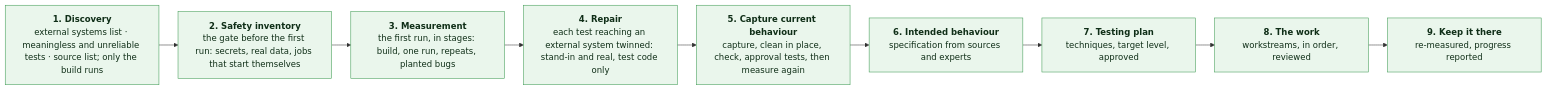
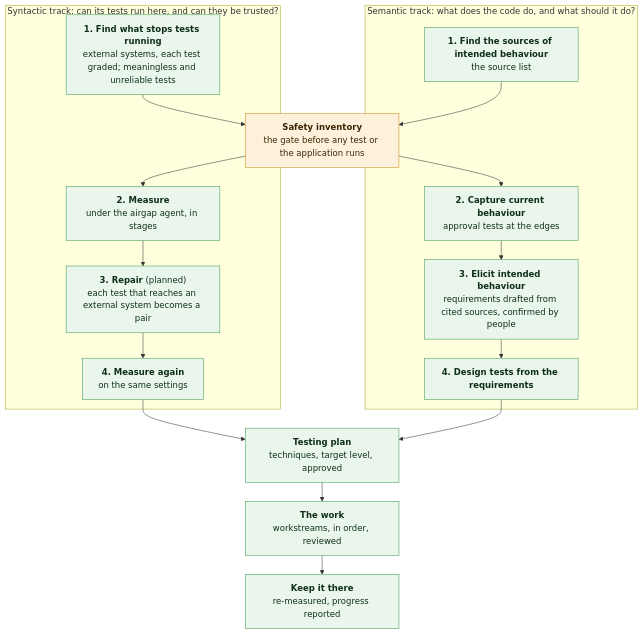
Before and after one commit to fiftiesHousewife/under-test: the diagram in docs/JOURNEY.md, drawn with Mermaid. The commit also changed other lines of this file and 181 other files, not shown here.

````diff
--- a/docs/JOURNEY.md
+++ b/docs/JOURNEY.md
@@ -8,14 +21,31 @@
 ```mermaid
 %%{init: {"flowchart": {"wrappingWidth": 230, "nodeSpacing": 28, "rankSpacing": 36}}}%%
-flowchart LR
-    D["<b>1. Discovery</b><br/>external systems list · meaningless and unreliable tests · source list; only the build runs"] --> S["<b>2. Safety inventory</b><br/>the gate before the first run: secrets, real data, jobs that start themselves"]
-    S --> M["<b>3. Measurement</b><br/>the first run, in stages: build, one run, repeats, planted bugs"]
-    M --> R["<b>4. Repair</b><br/>each test reaching an external system twinned: stand-in and real, test code only"]
-    R --> C["<b>5. Capture current behaviour</b><br/>capture, clean in place, check, approval tests, then measure again"]
-    C --> B["<b>6. Intended behaviour</b><br/>specification from sources and experts"]
-    B --> P["<b>7. Testing plan</b><br/>techniques, target level, approved"]
-    P --> W["<b>8. The work</b><br/>workstreams, in order, reviewed"]
-    W --> K["<b>9. Keep it there</b><br/>re-measured, progress reported"]
+flowchart TB
+    subgraph SY["Syntactic track: can its tests run here, and can they be trusted?"]
+        S1["<b>1. Find what stops tests running</b><br/>external systems, each test graded; meaningless and unreliable tests"]
+        S2["<b>2. Measure</b><br/>under the airgap agent, in stages"]
+        S3["<b>3. Repair</b> (planned)<br/>each test that reaches an external system becomes a pair"]
+        S4["<b>4. Measure again</b><br/>on the same settings"]
+    end
+    subgraph SE["Semantic track: what does the code do, and what should it do?"]
+        E1["<b>1. Find the sources of intended behaviour</b><br/>the source list"]
+        E2["<b>2. Capture current behaviour</b><br/>approval tests at the edges"]
+        E3["<b>3. Elicit intended behaviour</b><br/>requirements drafted from cited sources, confirmed by people"]
+        E4["<b>4. Design tests from the requirements</b>"]
+    end
+    G["<b>Safety inventory</b><br/>the gate before any test or the application runs"]
+    S1 --> G
+    E1 --> G
+    G --> S2
+    G --> E2
+    S2 --> S3 --> S4
+    E2 --> E3 --> E4
+    S4 --> P["<b>Testing plan</b><br/>techniques, target level, approved"]
+    E4 --> P
+    P --> W["<b>The work</b><br/>workstreams, in order, reviewed"]
+    W --> K["<b>Keep it there</b><br/>re-measured, progress reported"]
     classDef step fill:#eaf6ec,stroke:#3c9a52,color:#0f2e17
-    class D,S,C,M,R,B,P,W,K step
+    classDef gate fill:#fdf1dc,stroke:#c98a1b,color:#3a2504
+    class S1,S2,S3,S4,E1,E2,E3,E4,P,W,K step
+    class G gate
 ```
````
